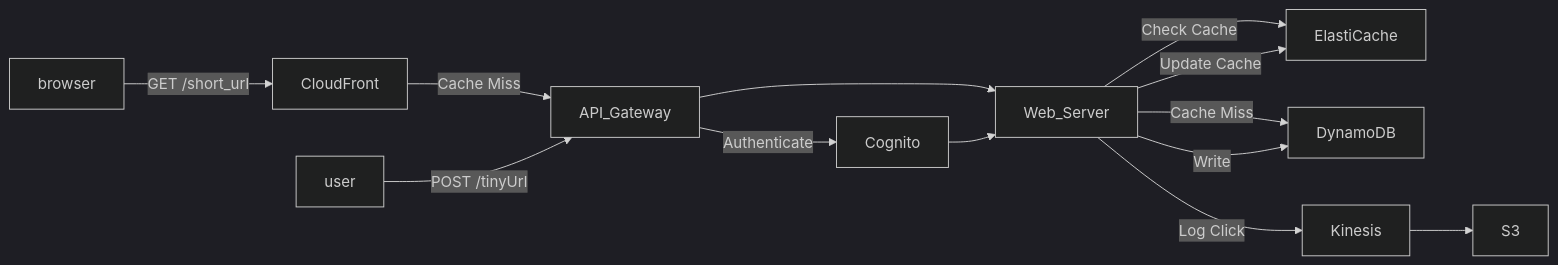
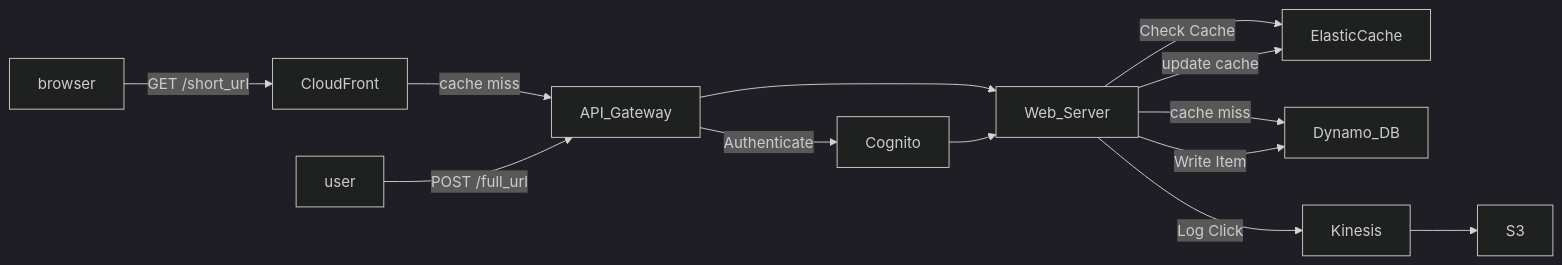
Before and after one commit to sureshm-hub/system-design-field-guide: the diagram in case-studies/tiny-url.md, drawn with Mermaid (dark theme). The commit also changed other lines of this file, not shown here.

Commit message:
tiny url improvements

````diff
--- a/case-studies/tiny-url.md
+++ b/case-studies/tiny-url.md
@@ -51,14 +43,15 @@
 ``` mermaid
- 
-flowchart LR
 
-  browser -->|GET /short_url| CloudFront -->|Cache Miss| API_Gateway --> Web_Server
-  Web_Server -->|Check Cache| ElastiCache
-  Web_Server -->|Cache Miss| DynamoDB
-  Web_Server -->|Log Click| Kinesis --> S3
+flowchart LR 
 
-  user -->|POST /tinyUrl| API_Gateway -->|Authenticate| Cognito --> Web_Server
-  Web_Server -->|Write| DynamoDB
-  Web_Server -->|Update Cache| ElastiCache
+  browser --> |GET /short_url | CloudFront --> | cache miss | API_Gateway --> Web_Server --> |Check Cache| ElasticCache
+  Web_Server --> |cache miss| Dynamo_DB
+  Web_Server --> | update cache| ElasticCache
+  Web_Server --> | Log Click| Kinesis --> S3
+  
+  user --> |POST /full_url | API_Gateway
+  API_Gateway --> | Authenticate| Cognito
+  Cognito --> Web_Server
+  Web_Server --> |Write Item|Dynamo_DB
 
 ```
````
